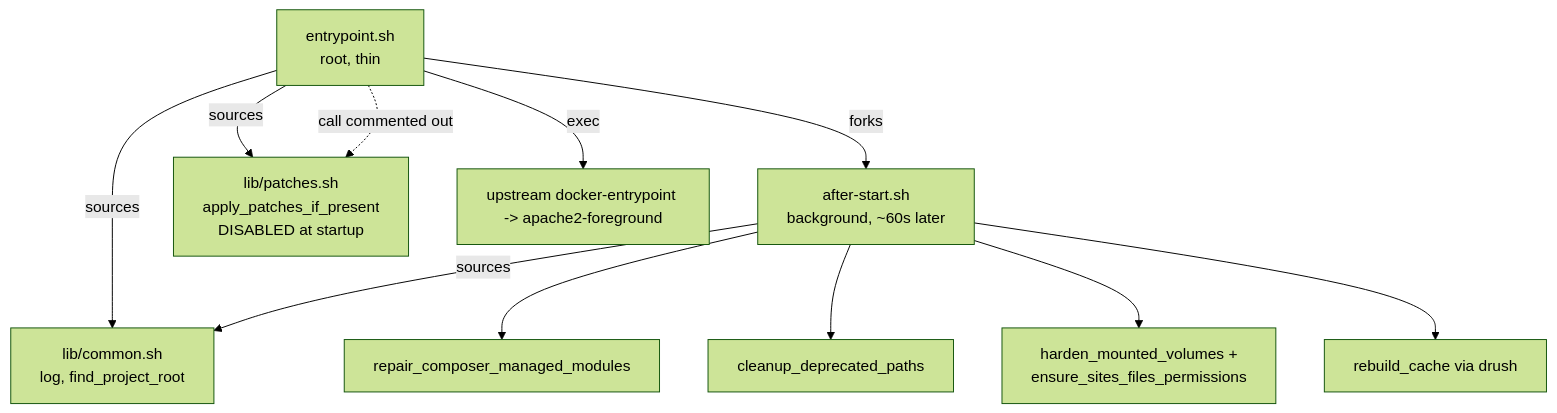
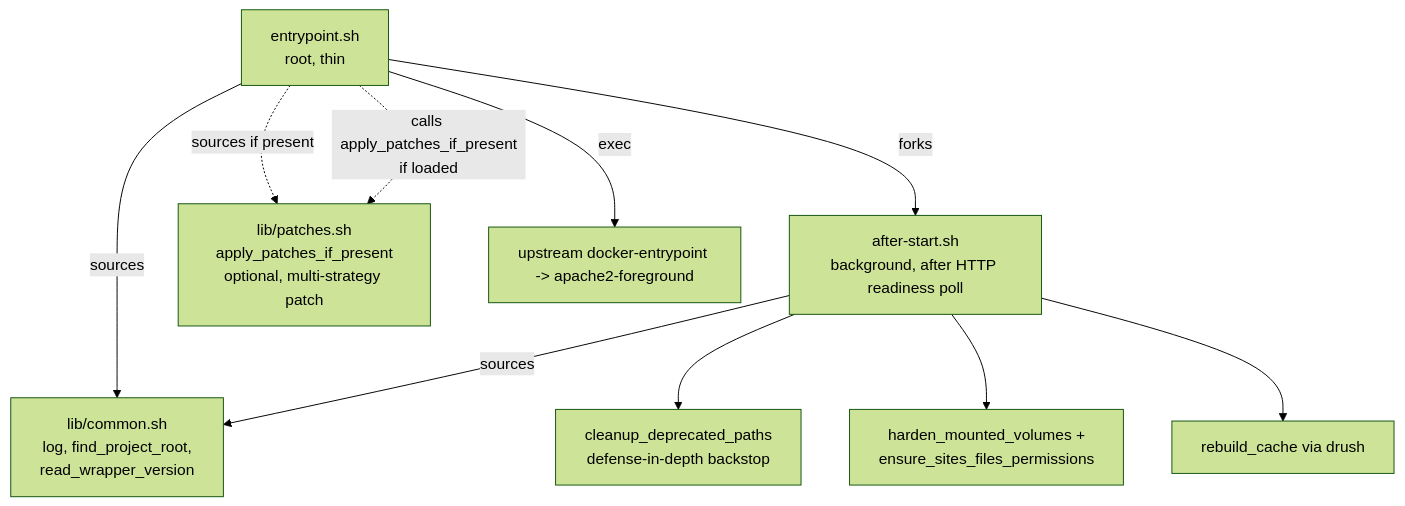
The fourth of 9 diagrams in docs/architecture.md (scbd/drupal-docker-wrapper), drawn with Mermaid (forest theme) before and after one commit. The commit also changed other lines of this file and 11 other files, not shown here.

````diff
--- a/docs/architecture.md
+++ b/docs/architecture.md
@@ -143,18 +145,17 @@
 ```mermaid
 flowchart TB
   ep[entrypoint.sh<br/>root, thin]
-  asf[after-start.sh<br/>background, ~60s later]
-  common[lib/common.sh<br/>log, find_project_root]
-  patches[lib/patches.sh<br/>apply_patches_if_present<br/>DISABLED at startup]
+  asf[after-start.sh<br/>background, after HTTP readiness poll]
+  common[lib/common.sh<br/>log, find_project_root,<br/>read_wrapper_version]
+  patches[lib/patches.sh<br/>apply_patches_if_present<br/>optional, multi-strategy patch]
 
   ep -->|sources| common
-  ep -->|sources| patches
-  ep -.->|call commented out| patches
+  ep -.->|sources if present| patches
+  ep -.->|calls apply_patches_if_present<br/>if loaded| patches
   ep -->|forks| asf
   ep -->|exec| upstream[upstream docker-entrypoint -> apache2-foreground]
   asf -->|sources| common
-  asf --> repair[repair_composer_managed_modules]
-  asf --> cleanup[cleanup_deprecated_paths]
+  asf --> cleanup[cleanup_deprecated_paths<br/>defense-in-depth backstop]
   asf --> harden[harden_mounted_volumes +<br/>ensure_sites_files_permissions]
   asf --> cache[rebuild_cache via drush]
 ```
````
